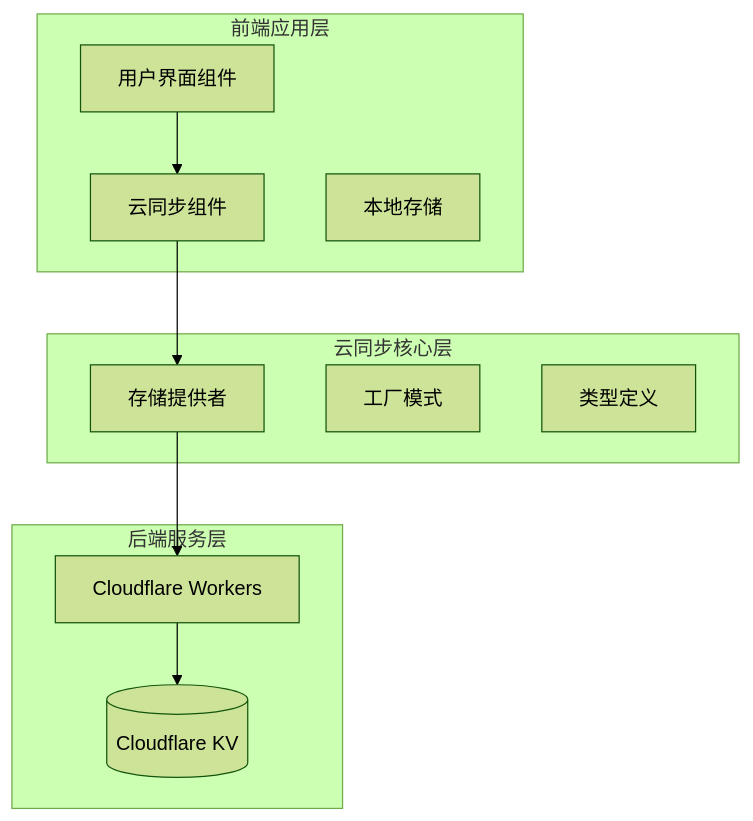
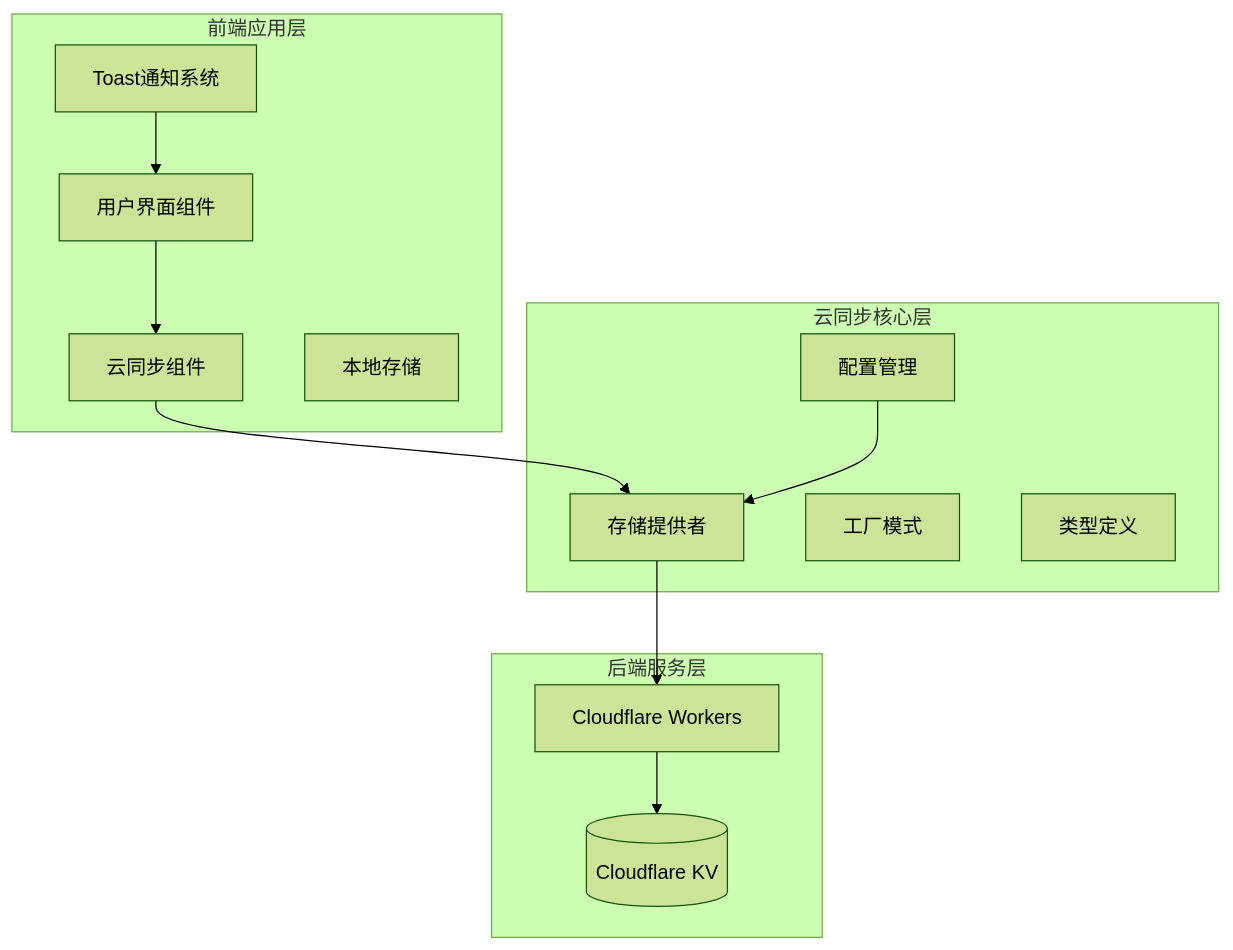
The first of 9 diagrams in .qoder/repowiki/zh/content/用户指南/数据管理/云同步集成.md (steveyu2/formula-mapper), drawn with Mermaid (forest theme) before and after one commit. The commit also changed other lines of this file and 7 other files, not shown here.

````diff
--- a/.qoder/repowiki/zh/content/用户指南/数据管理/云同步集成.md
+++ b/.qoder/repowiki/zh/content/用户指南/数据管理/云同步集成.md
@@ -42,21 +52,25 @@
 ```mermaid
 graph TB
 subgraph "前端应用层"
 UI[用户界面组件]
 Sync[云同步组件]
 Storage[本地存储]
+Toast[Toast通知系统]
 end
 subgraph "云同步核心层"
 Provider[存储提供者]
 Factory[工厂模式]
 Types[类型定义]
+Config[配置管理]
 end
 subgraph "后端服务层"
 Worker[Cloudflare Workers]
 KV[(Cloudflare KV)]
 end
 UI --> Sync
 Sync --> Provider
 Provider --> Worker
 Worker --> KV
+Toast --> UI
+Config --> Provider
 ```
````
